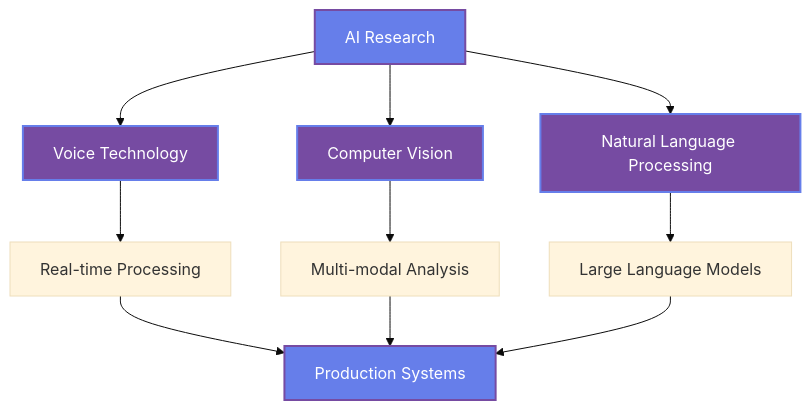
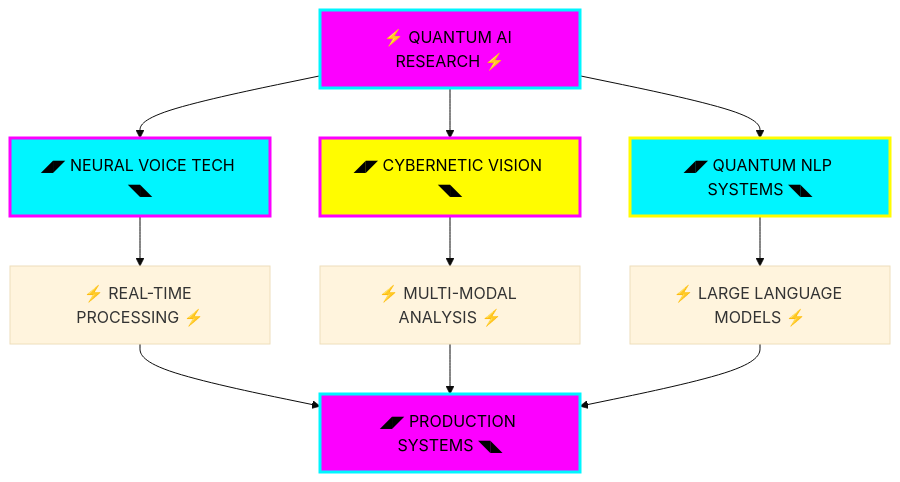
The diagram in README.md (yoonjae26/yoonjae26), drawn with Mermaid (base theme) before and after one commit. The commit also changed other lines of this file, not shown here.

Commit message:
feat: Revolutionary futuristic design with quantum/cybernetic theme - neon colors, matrix style, neural network branding

````diff
--- a/README.md
+++ b/README.md
@@ -216,18 +254,18 @@
 ```mermaid
 graph TD
-    A[AI Research] --> B[Voice Technology]
-    A --> C[Computer Vision]
-    A --> D[Natural Language Processing]
-    B --> E[Real-time Processing]
-    C --> F[Multi-modal Analysis]
-    D --> G[Large Language Models]
-    E --> H[Production Systems]
+    A[⚡ QUANTUM AI RESEARCH ⚡] --> B[◢◤ NEURAL VOICE TECH ◥◣]
+    A --> C[◢◤ CYBERNETIC VISION ◥◣]
+    A --> D[◢◤ QUANTUM NLP SYSTEMS ◥◣]
+    B --> E[⚡ REAL-TIME PROCESSING ⚡]
+    C --> F[⚡ MULTI-MODAL ANALYSIS ⚡]
+    D --> G[⚡ LARGE LANGUAGE MODELS ⚡]
+    E --> H[◢◤ PRODUCTION SYSTEMS ◥◣]
     F --> H
     G --> H
     
-    style A fill:#667eea,stroke:#764ba2,stroke-width:2px,color:#fff
-    style B fill:#764ba2,stroke:#667eea,stroke-width:2px,color:#fff
-    style C fill:#764ba2,stroke:#667eea,stroke-width:2px,color:#fff
-    style D fill:#764ba2,stroke:#667eea,stroke-width:2px,color:#fff
-    style H fill:#667eea,stroke:#764ba2,stroke-width:2px,color:#fff
+    style A fill:#fc00ff,stroke:#00f5ff,stroke-width:3px,color:#000000
+    style B fill:#00f5ff,stroke:#fc00ff,stroke-width:3px,color:#000000
+    style C fill:#fffc00,stroke:#fc00ff,stroke-width:3px,color:#000000
+    style D fill:#00f5ff,stroke:#fffc00,stroke-width:3px,color:#000000
+    style H fill:#fc00ff,stroke:#00f5ff,stroke-width:3px,color:#000000
 ```
````
